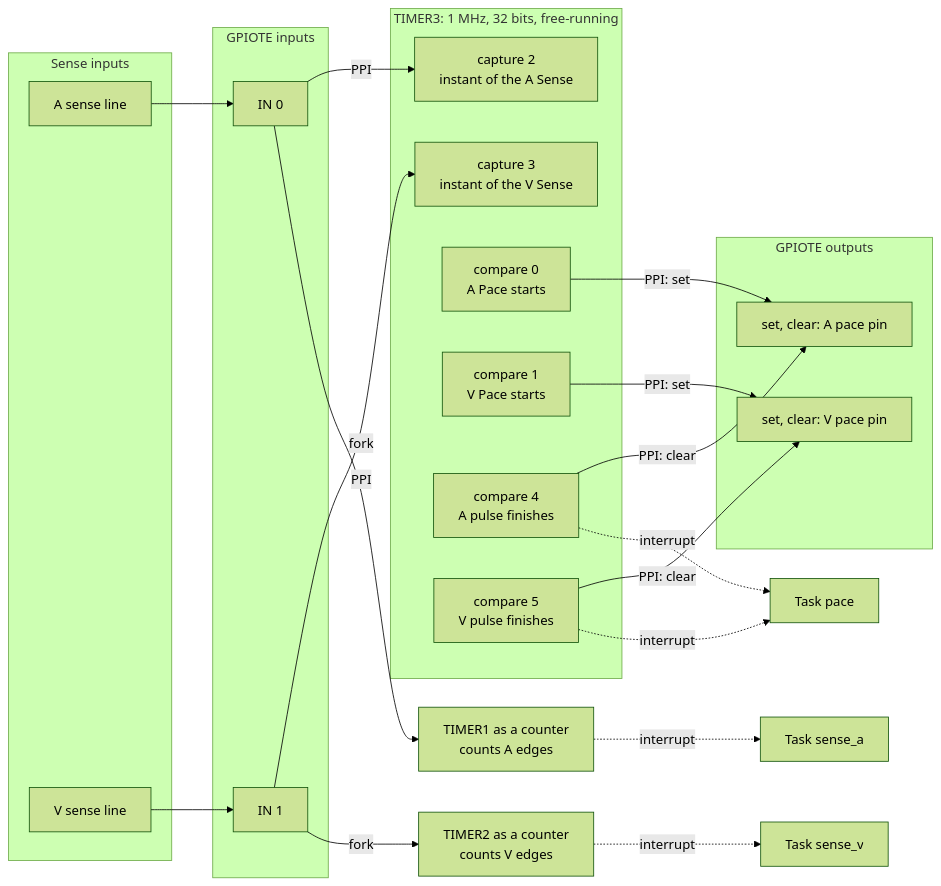
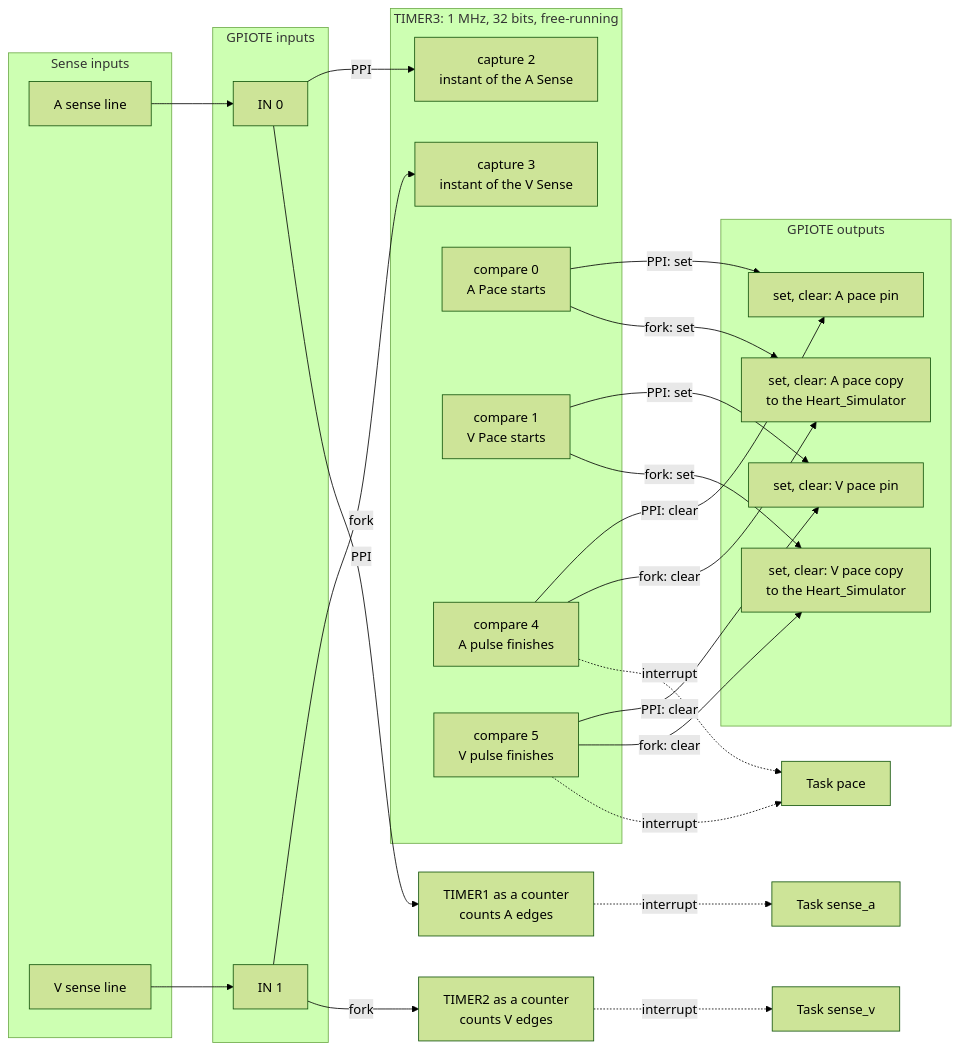
One commit to mars2292-umn/Kiro-experimentation changed the third of 9 diagrams in IronOxide/docs/pacemaker/diagrams_static.md. Above: the diagram before and after it, drawn with Mermaid (forest theme). The commit also changed other lines of this file and 51 other files, not shown here.

Commit message:
IronOxide: the PACEMAKER experiment's second wave: the register behaviours confirmed on the board, the PPI ownership rule and the channel table under the checksum, TIMER3 in the Target table, the Heart_Simulator, the rig's judge, pm-core's validation and single-chamber step (2026-11-22)

````diff
--- a/IronOxide/docs/pacemaker/diagrams_static.md
+++ b/IronOxide/docs/pacemaker/diagrams_static.md
@@ -94,41 +94,47 @@
 ```mermaid
 flowchart LR
     subgraph IN["Sense inputs"]
         SA["A sense line"]
         SV["V sense line"]
     end
     subgraph GI["GPIOTE inputs"]
         I0["IN 0"]
         I1["IN 1"]
     end
     subgraph T3["TIMER3: 1 MHz, 32 bits, free-running"]
         C2["capture 2<br/>instant of the A Sense"]
         C3["capture 3<br/>instant of the V Sense"]
         C0["compare 0<br/>A Pace starts"]
         C1["compare 1<br/>V Pace starts"]
         C4["compare 4<br/>A pulse finishes"]
         C5["compare 5<br/>V pulse finishes"]
     end
     T1["TIMER1 as a counter<br/>counts A edges"]
     T2["TIMER2 as a counter<br/>counts V edges"]
     subgraph GO["GPIOTE outputs"]
         S2["set, clear: A pace pin"]
         S3["set, clear: V pace pin"]
+        S4["set, clear: A pace copy<br/>to the Heart_Simulator"]
+        S5["set, clear: V pace copy<br/>to the Heart_Simulator"]
     end
 
     SA --> I0
     SV --> I1
     I0 -- "PPI" --> C2
     I0 -- "fork" --> T1
     I1 -- "PPI" --> C3
     I1 -- "fork" --> T2
     C0 -- "PPI: set" --> S2
     C4 -- "PPI: clear" --> S2
     C1 -- "PPI: set" --> S3
     C5 -- "PPI: clear" --> S3
+    C0 -- "fork: set" --> S4
+    C4 -- "fork: clear" --> S4
+    C1 -- "fork: set" --> S5
+    C5 -- "fork: clear" --> S5
 
     T1 -. "interrupt" .-> JA["Task sense_a"]
     T2 -. "interrupt" .-> JV["Task sense_v"]
     C4 -. "interrupt" .-> JP["Task pace"]
     C5 -. "interrupt" .-> JP
 ```
````
